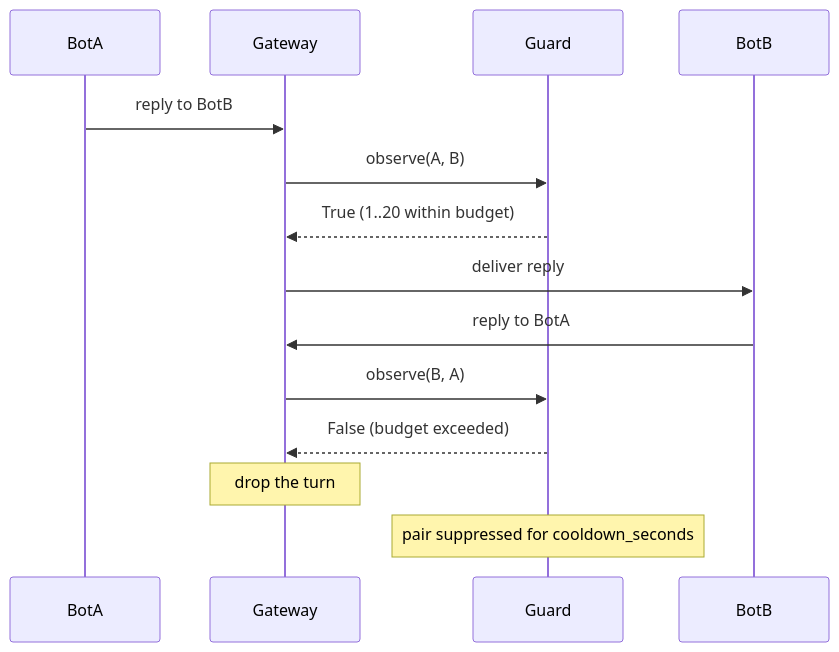
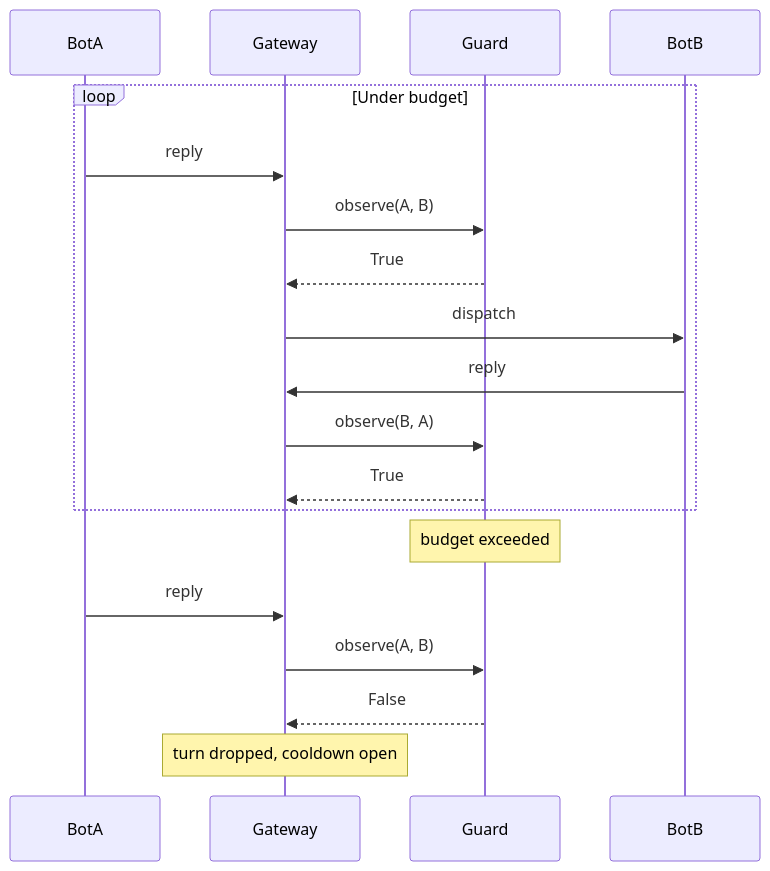
Before and after one commit to MervinPraison/PraisonAIDocs: the second of 3 diagrams in docs/features/bot-loop-protection.mdx, drawn with Mermaid. The commit also changed other lines of this file and 4 other files, not shown here.

Commit message:
docs: add Bot Loop Protection feature page for BotLoopGuard / BotLoopPolicy (fixes #1661)

````diff
--- a/docs/features/bot-loop-protection.mdx
+++ b/docs/features/bot-loop-protection.mdx
@@ -90,17 +115,22 @@
 ```mermaid
 sequenceDiagram
     participant BotA
     participant Gateway
     participant Guard
     participant BotB
 
-    BotA->>Gateway: reply to BotB
+    loop Under budget
+        BotA->>Gateway: reply
+        Gateway->>Guard: observe(A, B)
+        Guard-->>Gateway: True
+        Gateway->>BotB: dispatch
+        BotB->>Gateway: reply
+        Gateway->>Guard: observe(B, A)
+        Guard-->>Gateway: True
+    end
+    Note over Guard: budget exceeded
+    BotA->>Gateway: reply
     Gateway->>Guard: observe(A, B)
-    Guard-->>Gateway: True (1..20 within budget)
-    Gateway->>BotB: deliver reply
-    BotB->>Gateway: reply to BotA
-    Gateway->>Guard: observe(B, A) #21
-    Guard-->>Gateway: False (budget exceeded)
-    Note over Gateway: drop the turn
-    Note over Guard: pair suppressed for cooldown_seconds
+    Guard-->>Gateway: False
+    Note over Gateway: turn dropped, cooldown open
 ```
````
